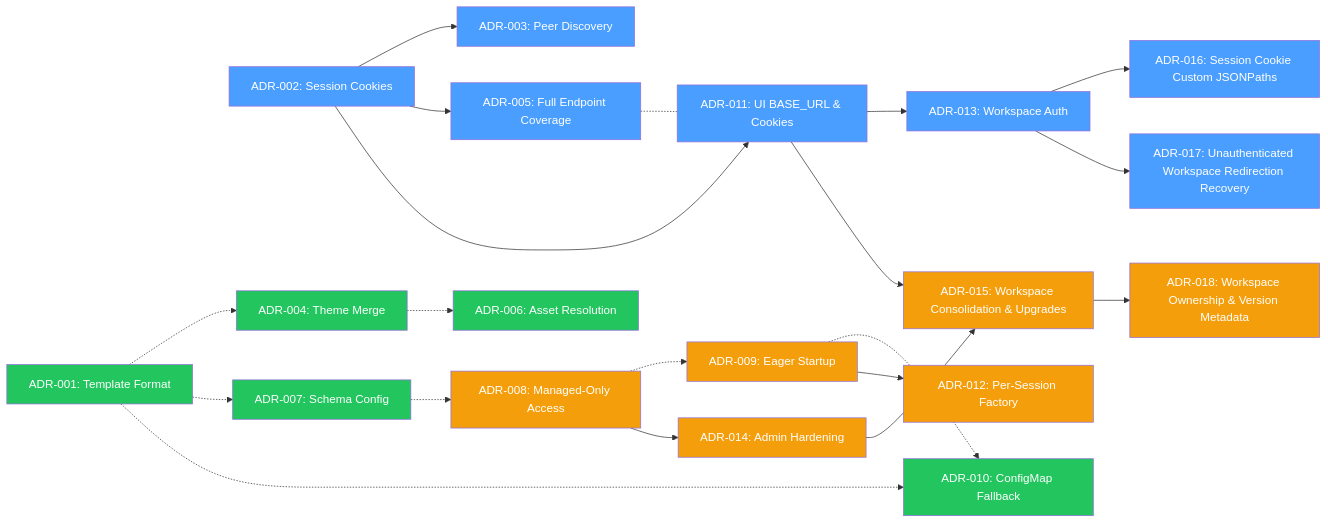
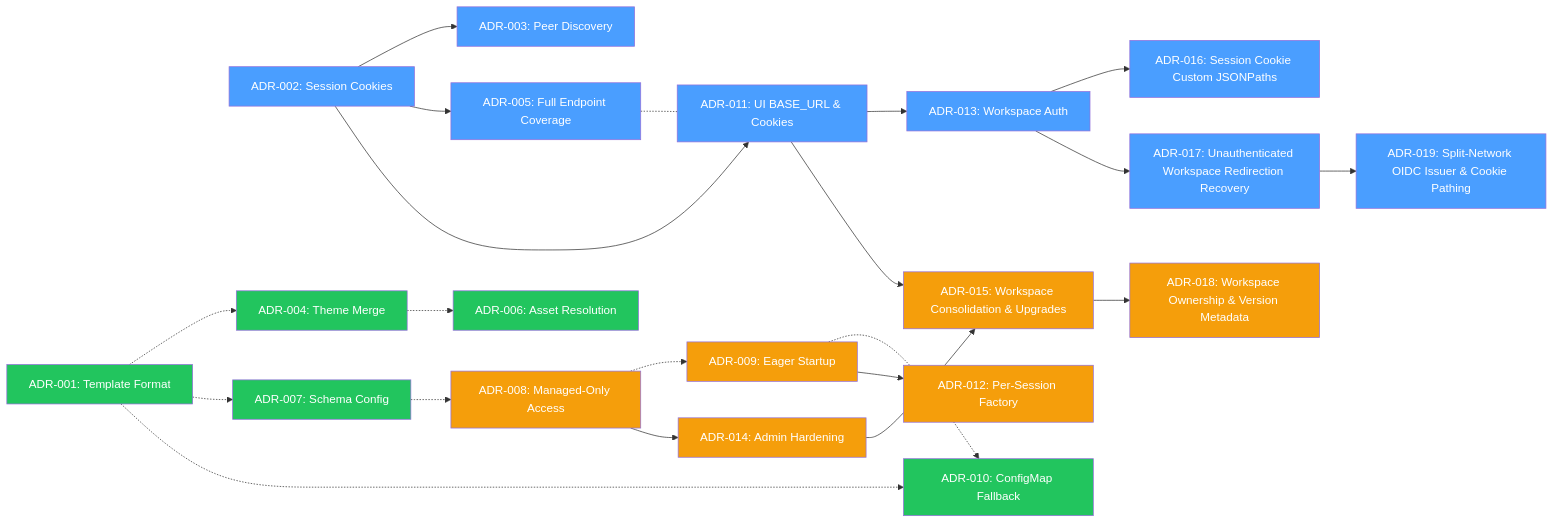
One commit to nogoo9/no-crd changed the diagram in docs/decisions/index.md. Above: the diagram before and after it, drawn with Mermaid. The commit also changed other lines of this file and 30 other files, not shown here.

````diff
--- a/docs/decisions/index.md
+++ b/docs/decisions/index.md
@@ -43,40 +44,42 @@
 ```mermaid
 graph LR
     ADR002["ADR-002: Session Cookies"] --> ADR003["ADR-003: Peer Discovery"]
     ADR002 --> ADR005["ADR-005: Full Endpoint Coverage"]
     ADR001["ADR-001: Template Format"] -.-> ADR004["ADR-004: Theme Merge"]
     ADR004 -.-> ADR006["ADR-006: Asset Resolution"]
     ADR001 -.-> ADR007["ADR-007: Schema Config"]
     ADR007 -.-> ADR008["ADR-008: Managed-Only Access"]
     ADR008 -.-> ADR009["ADR-009: Eager Startup"]
     ADR001 -.-> ADR010["ADR-010: ConfigMap Fallback"]
     ADR009 -.-> ADR010
     ADR002 --> ADR011["ADR-011: UI BASE_URL & Cookies"]
     ADR005 -.- ADR011
     ADR009 --> ADR012["ADR-012: Per-Session Factory"]
     ADR011 --> ADR013["ADR-013: Workspace Auth"]
     ADR008 --> ADR014["ADR-014: Admin Hardening"]
     ADR011 --> ADR015["ADR-015: Workspace Consolidation & Upgrades"]
     ADR014 --> ADR015
     ADR013 --> ADR016["ADR-016: Session Cookie Custom JSONPaths"]
     ADR013 --> ADR017["ADR-017: Unauthenticated Workspace Redirection Recovery"]
     ADR015 --> ADR018["ADR-018: Workspace Ownership & Version Metadata"]
+    ADR017 --> ADR019["ADR-019: Split-Network OIDC Issuer & Cookie Pathing"]
     style ADR002 fill:#4a9eff,color:#fff
     style ADR003 fill:#4a9eff,color:#fff
     style ADR005 fill:#4a9eff,color:#fff
     style ADR001 fill:#22c55e,color:#fff
     style ADR004 fill:#22c55e,color:#fff
     style ADR006 fill:#22c55e,color:#fff
     style ADR007 fill:#22c55e,color:#fff
     style ADR008 fill:#f59e0b,color:#fff
     style ADR009 fill:#f59e0b,color:#fff
     style ADR010 fill:#22c55e,color:#fff
     style ADR011 fill:#4a9eff,color:#fff
     style ADR012 fill:#f59e0b,color:#fff
     style ADR013 fill:#4a9eff,color:#fff
     style ADR014 fill:#f59e0b,color:#fff
     style ADR015 fill:#f59e0b,color:#fff
     style ADR016 fill:#4a9eff,color:#fff
     style ADR017 fill:#4a9eff,color:#fff
     style ADR018 fill:#f59e0b,color:#fff
+    style ADR019 fill:#4a9eff,color:#fff
 ```
````
